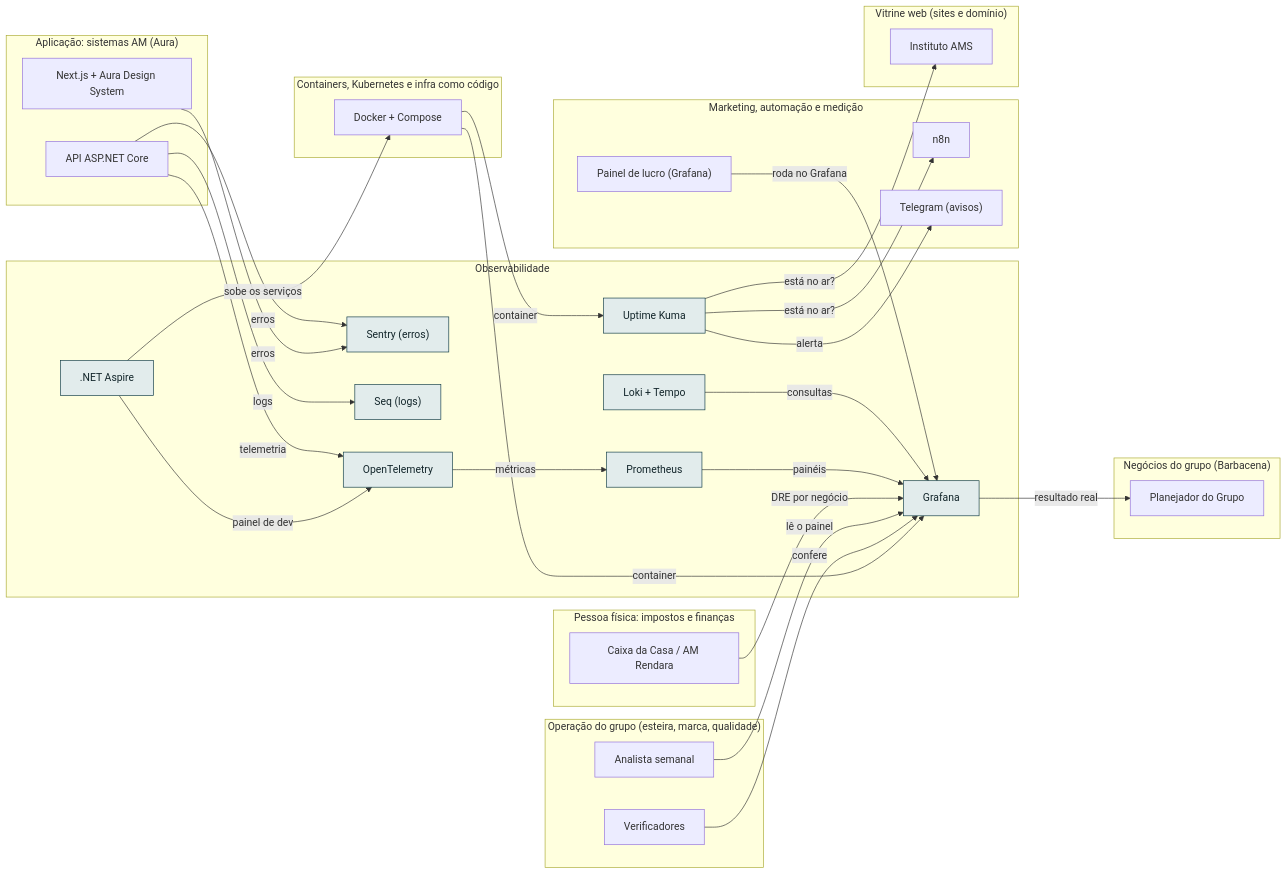
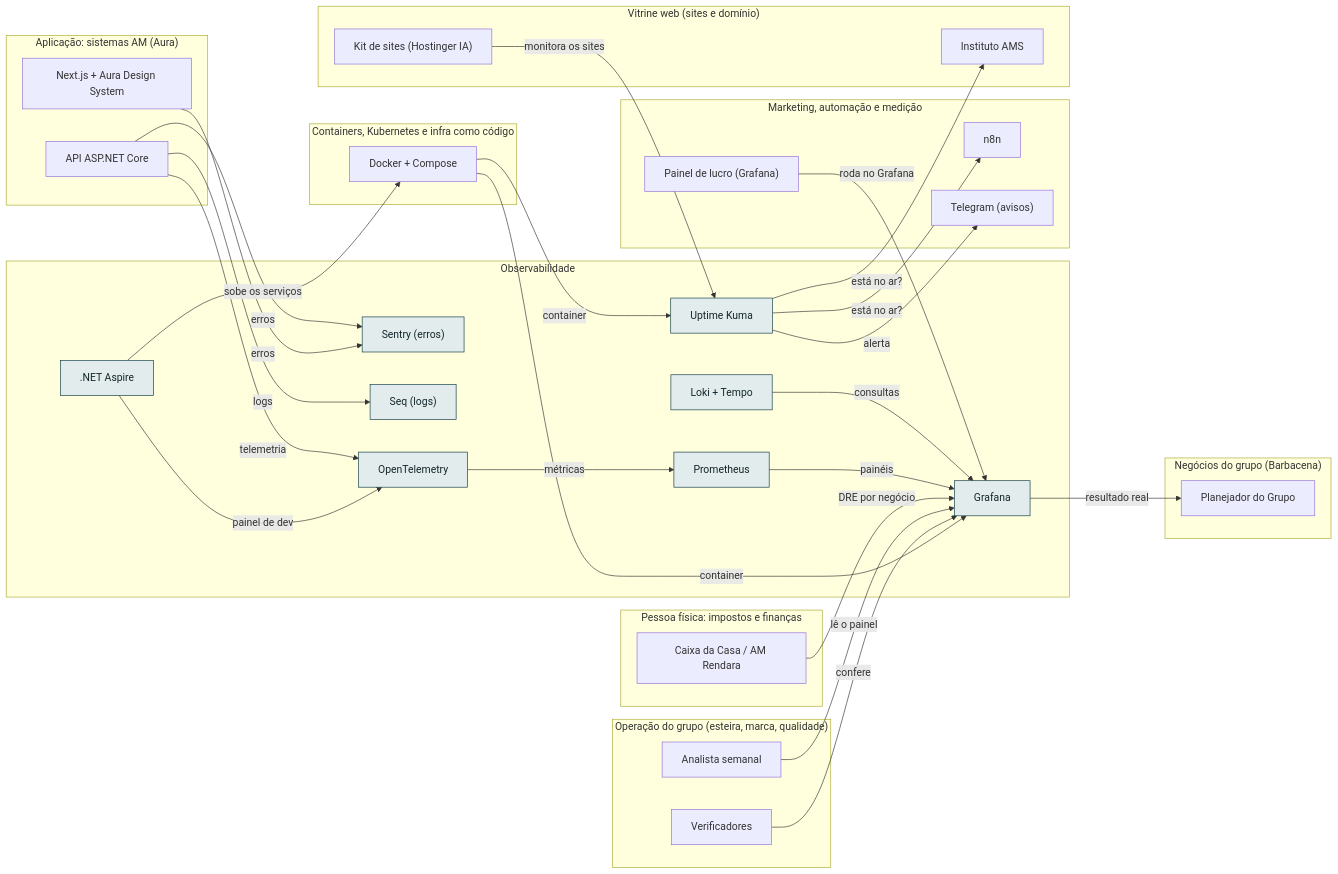
Before and after one commit to AlanMateus17/dev-setup: the diagram in docs/camadas/10-obs.md, drawn with Mermaid. The commit also changed other lines of this file and 75 other files, not shown here.

First line of the commit message:
feat: kit de sites, avaliador de templates, radar, bot do Telegram, financeiro local, Fábrica de aulas, rotinas e casa

````diff
--- a/docs/camadas/10-obs.md
+++ b/docs/camadas/10-obs.md
@@ -14,59 +14,61 @@
 ```mermaid
 flowchart LR
   subgraph L_obs["Observabilidade"]
     n_sentry["Sentry (erros)"]
     n_kuma["Uptime Kuma"]
     n_seq["Seq (logs)"]
     n_loki["Loki + Tempo"]
     n_otel["OpenTelemetry"]
     n_prom["Prometheus"]
     n_graf["Grafana"]
     n_aspire[".NET Aspire"]
   end
   subgraph L_oper["Operação do grupo (esteira, marca, qualidade)"]
     n_oanal["Analista semanal"]
     n_overif["Verificadores"]
   end
   subgraph L_mkt["Marketing, automação e medição"]
     n_n8n["n8n"]
     n_painel["Painel de lucro (Grafana)"]
     n_tg["Telegram (avisos)"]
   end
   subgraph L_emp["Pessoa física: impostos e finanças"]
     n_caixa["Caixa da Casa / AM Rendara"]
   end
   subgraph L_web["Vitrine web (sites e domínio)"]
     n_inst["Instituto AMS"]
+    n_kitsites["Kit de sites (Hostinger IA)"]
   end
   subgraph L_neg["Negócios do grupo (Barbacena)"]
     n_nplan["Planejador do Grupo"]
   end
   subgraph L_app["Aplicação: sistemas AM (Aura)"]
     n_api["API ASP.NET Core"]
     n_front["Next.js + Aura Design System"]
   end
   subgraph L_cnt["Containers, Kubernetes e infra como código"]
     n_docker["Docker + Compose"]
   end
   n_api -->|"erros"| n_sentry
   n_front -->|"erros"| n_sentry
   n_kuma -->|"está no ar?"| n_inst
   n_kuma -->|"alerta"| n_tg
   n_kuma -->|"está no ar?"| n_n8n
   n_docker -->|"container"| n_kuma
+  n_kitsites -->|"monitora os sites"| n_kuma
   n_api -->|"logs"| n_seq
   n_loki -->|"consultas"| n_graf
   n_otel -->|"métricas"| n_prom
   n_api -->|"telemetria"| n_otel
   n_aspire -->|"painel de dev"| n_otel
   n_prom -->|"painéis"| n_graf
   n_graf -->|"resultado real"| n_nplan
   n_caixa -->|"DRE por negócio"| n_graf
   n_oanal -->|"lê o painel"| n_graf
   n_overif -->|"confere"| n_graf
   n_painel -->|"roda no Grafana"| n_graf
   n_docker -->|"container"| n_graf
   n_aspire -->|"sobe os serviços"| n_docker
   classDef desta fill:#e2ecec,stroke:#0e3a45,color:#13262b
   class n_sentry,n_kuma,n_seq,n_loki,n_otel,n_prom,n_graf,n_aspire desta
 ```
````
